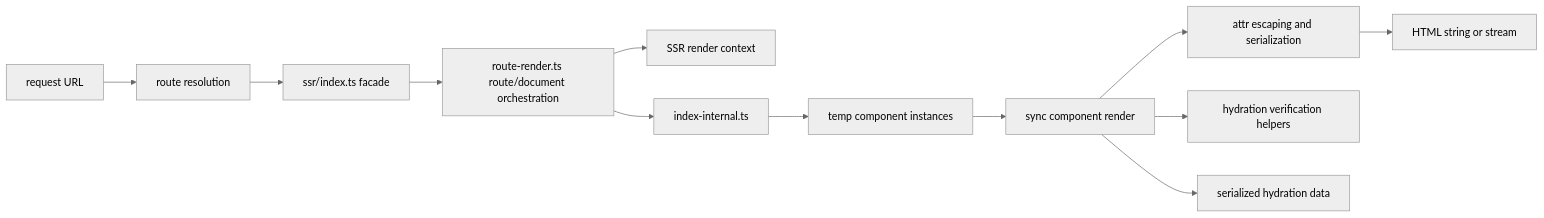
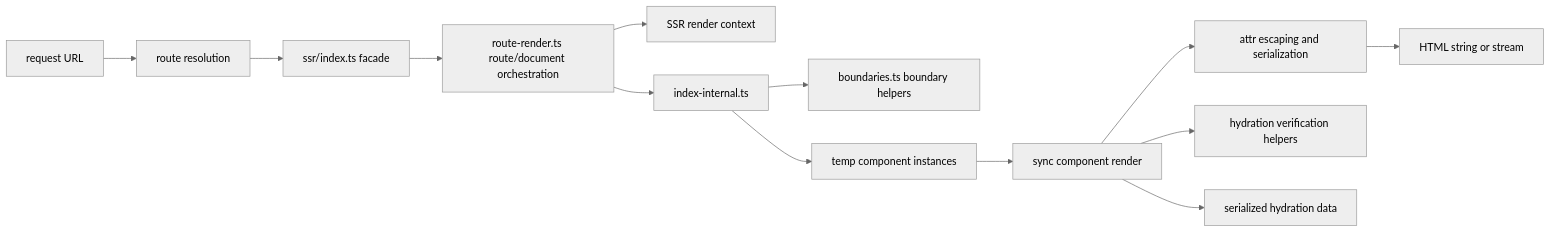
Before and after one commit to askrjs/askr: the second of 7 diagrams in docs/internals/ssr-ssg-pipeline.md, drawn with Mermaid (neutral theme). The commit also changed other lines of this file and 4 other files, not shown here.

````diff
--- a/docs/internals/ssr-ssg-pipeline.md
+++ b/docs/internals/ssr-ssg-pipeline.md
@@ -33,27 +33,29 @@
 ```mermaid
 flowchart LR
   url[request URL]
   routeResolve[route resolution]
   ssrContext[SSR render context]
   facade[ssr/index.ts facade]
   routeRender[route-render.ts route/document orchestration]
   internal[index-internal.ts]
+  boundaries[boundaries.ts boundary helpers]
   componentInstance[temp component instances]
   syncRender[sync component render]
   attrs[attr escaping and serialization]
   verify[hydration verification helpers]
   html[HTML string or stream]
   hydrateData[serialized hydration data]
 
   url --> routeResolve
   routeResolve --> facade
   facade --> routeRender
   routeRender --> ssrContext
   routeRender --> internal
+  internal --> boundaries
   internal --> componentInstance
   componentInstance --> syncRender
   syncRender --> attrs
   syncRender --> verify
   attrs --> html
   syncRender --> hydrateData
 ```
````
